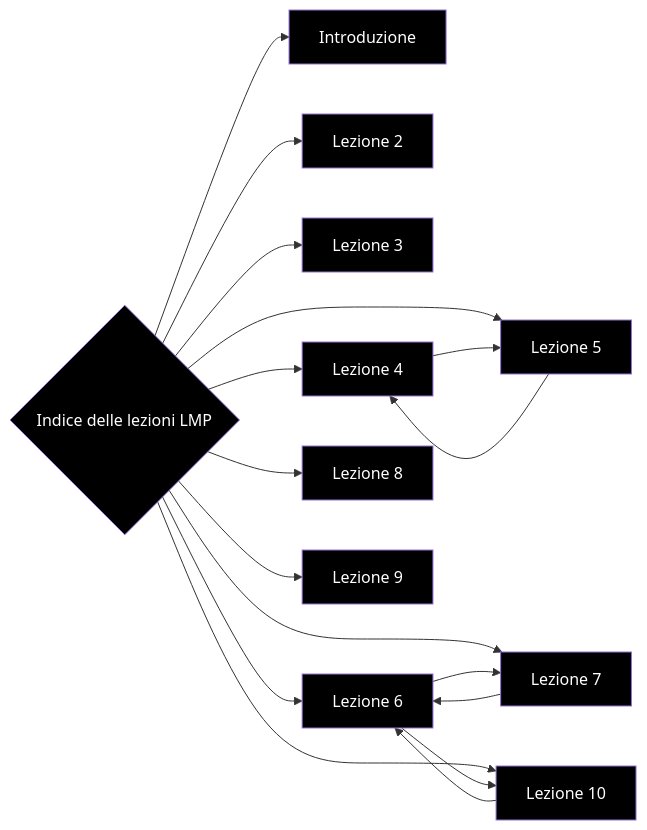
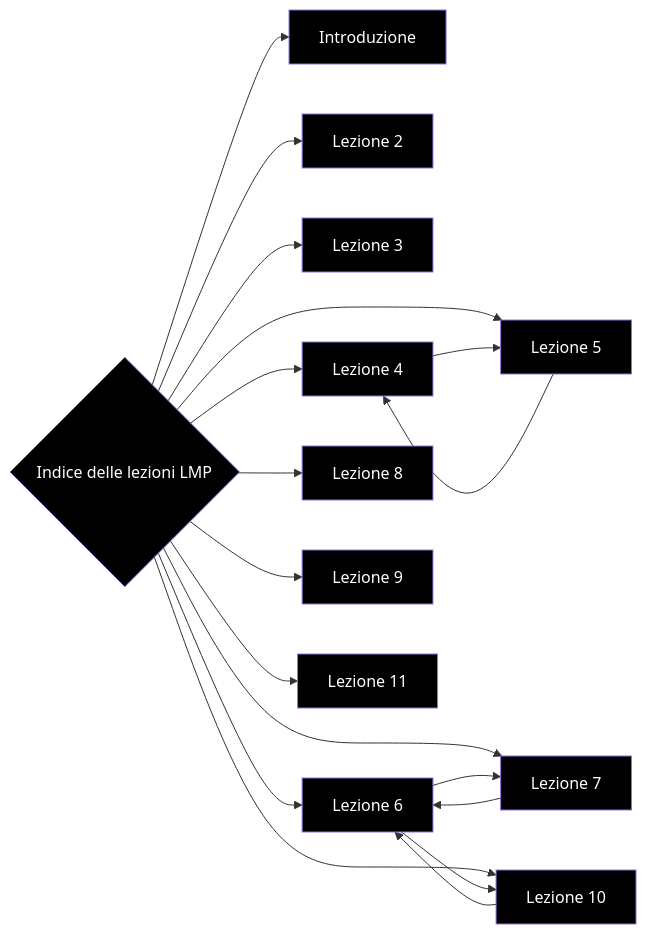
The diagram in Appunti LMP/MOD I/Indice delle lezioni LMP.md (francosalvucci14/Appunti-II-anno), drawn with Mermaid before and after one commit. The commit also changed other lines of this file and 2 other files, not shown here.

Commit message:
vault backup: 2022-12-05 14:49:54

````diff
--- a/Appunti LMP/MOD I/Indice delle lezioni LMP.md
+++ b/Appunti LMP/MOD I/Indice delle lezioni LMP.md
@@ -18,34 +19,36 @@
 ```mermaid
 graph LR
 	A{Indice delle lezioni LMP}
 	B[Introduzione]
 	C[Lezione 2]
 	D[Lezione 3]
 	E[Lezione 4]
 	F[Lezione 5]
 	G[Lezione 6]
 	H[Lezione 7]
 	I[Lezione 8]
 	J[Lezione 9]
 	K[Lezione 10]
+	L[Lezione 11]
 
 	style A fill:black, color:#fff
 	style B fill:black, color:#fff
 	style C fill:black, color:#fff
 	style D fill:black, color:#fff
 	style E fill:black, color:#fff
 	style F fill:black, color:#fff
 	style G fill:black, color:#fff
 	style H fill:black, color:#fff
 	style I fill:black, color:#fff
 	style J fill:black, color:#fff
 	style K fill:black, color:#fff
+	style L fill:black, color:#fff
 	
-	A-->B & C & D & E & F & G & H & I & J & K
+	A-->B & C & D & E & F & G & H & I & J & K & L
 	E-->F
 	F-->E
 	G-->H
 	H-->G
 	K-->G
 	G-->K
 ```
````
